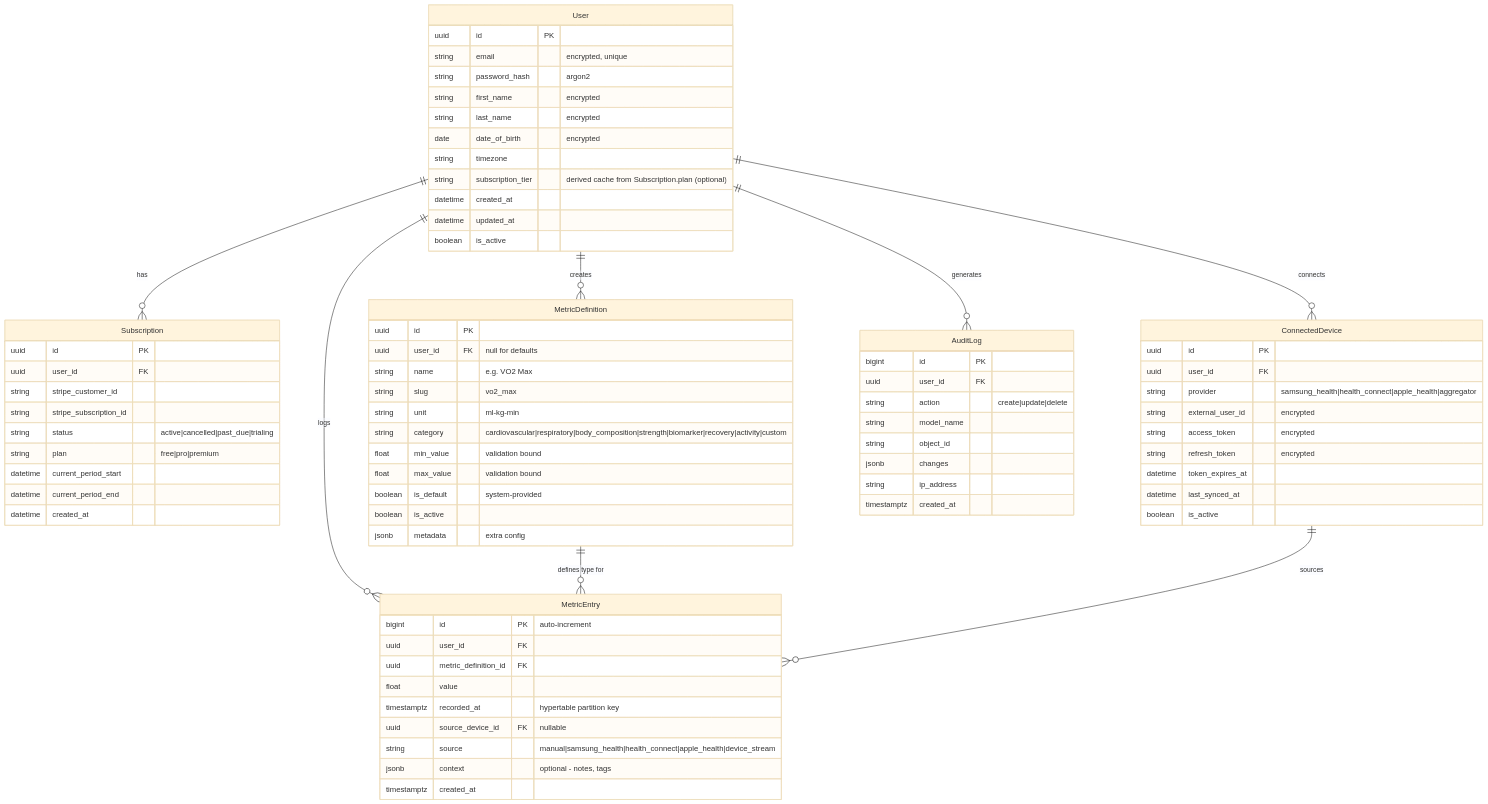
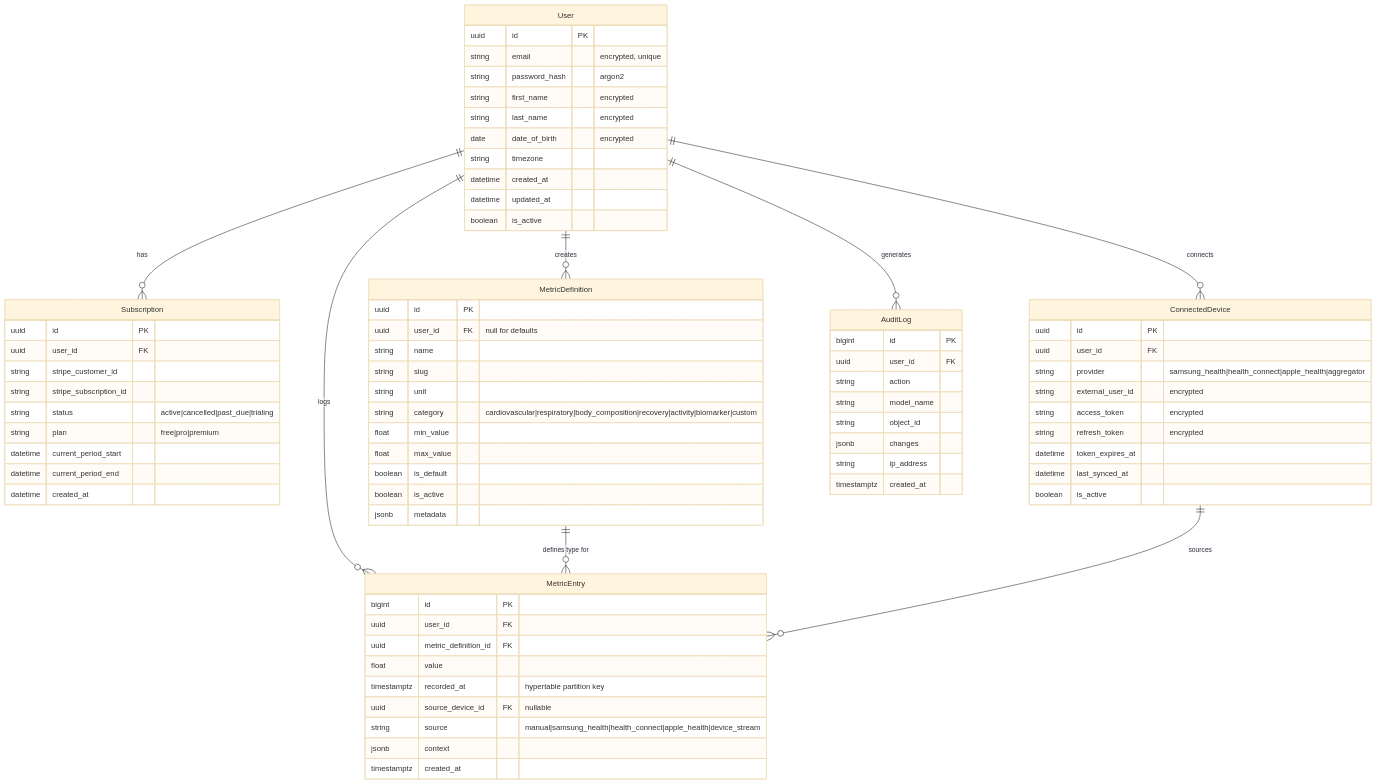
Before and after one commit to elvisrepo/long: the sixth of 6 diagrams in planning.md, drawn with Mermaid (base theme). The commit also changed other lines of this file, not shown here.

Commit message:
updated plan

```diff
--- a/planning.md
+++ b/planning.md
@@ -327,7 +505,7 @@
     User ||--o{ ConnectedDevice : connects
     User ||--o{ AuditLog : generates
     MetricDefinition ||--o{ MetricEntry : "defines type for"
-    ConnectedDevice ||--o{ MetricEntry : "sources"
+    ConnectedDevice ||--o{ MetricEntry : sources
 
     User {
         uuid id PK
@@ -337,7 +515,6 @@
         string last_name "encrypted"
         date date_of_birth "encrypted"
         string timezone
-        string subscription_tier "derived cache from Subscription.plan (optional)"
         datetime created_at
         datetime updated_at
         boolean is_active
@@ -358,26 +535,26 @@
     MetricDefinition {
         uuid id PK
         uuid user_id FK "null for defaults"
-        string name "e.g. VO2 Max"
-        string slug "vo2_max"
-        string unit "ml-kg-min"
-        string category "cardiovascular|respiratory|body_composition|strength|biomarker|recovery|activity|custom"
-        float min_value "validation bound"
-        float max_value "validation bound"
-        boolean is_default "system-provided"
+        string name
+        string slug
+        string unit
+        string category "cardiovascular|respiratory|body_composition|recovery|activity|biomarker|custom"
+        float min_value
+        float max_value
+        boolean is_default
         boolean is_active
-        jsonb metadata "extra config"
+        jsonb metadata
     }
 
     MetricEntry {
-        bigint id PK "auto-increment"
+        bigint id PK
         uuid user_id FK
         uuid metric_definition_id FK
         float value
         timestamptz recorded_at "hypertable partition key"
         uuid source_device_id FK "nullable"
         string source "manual|samsung_health|health_connect|apple_health|device_stream"
-        jsonb context "optional - notes, tags"
+        jsonb context
         timestamptz created_at
     }
 
@@ -396,7 +573,7 @@
     AuditLog {
         bigint id PK
         uuid user_id FK
-        string action "create|update|delete"
+        string action
         string model_name
         string object_id
         jsonb changes
```
